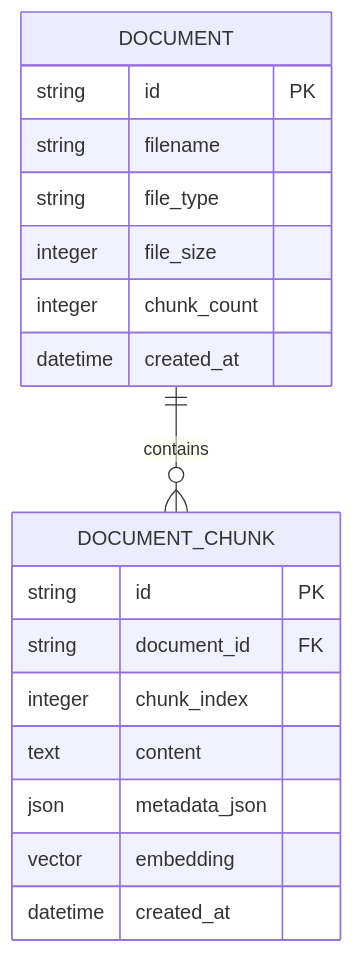
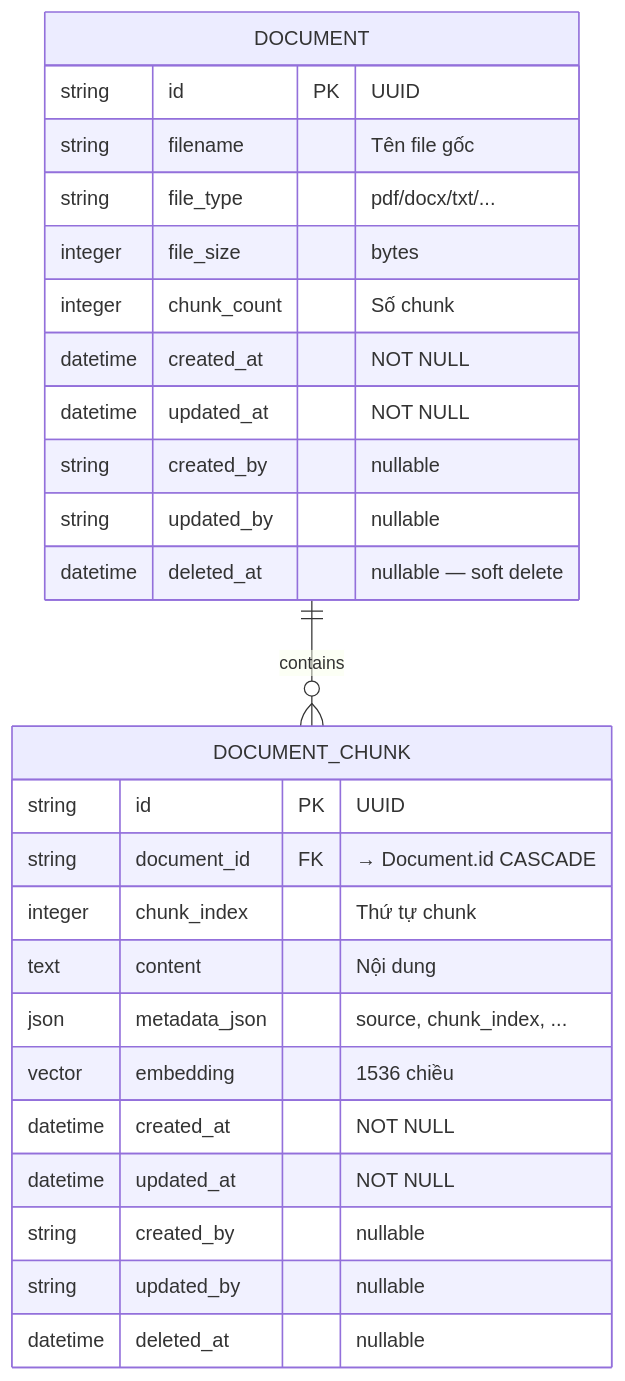
The ninth of 12 diagrams in docs/RAG_Architecture_Design.md (NDQuynh259/ragflow-api), drawn with Mermaid before and after one commit. The commit also changed other lines of this file and 2 other files, not shown here.

Commit message:
docs: add technical documentation for RAG architecture, requirements, and task breakdown

````diff
--- a/docs/RAG_Architecture_Design.md
+++ b/docs/RAG_Architecture_Design.md
@@ -273,23 +484,31 @@
 ```mermaid
 erDiagram
     DOCUMENT ||--o{ DOCUMENT_CHUNK : contains
 
     DOCUMENT {
-        string id PK
-        string filename
-        string file_type
-        integer file_size
-        integer chunk_count
-        datetime created_at
+        string id PK "UUID"
+        string filename "Tên file gốc"
+        string file_type "pdf/docx/txt/..."
+        integer file_size "bytes"
+        integer chunk_count "Số chunk"
+        datetime created_at "NOT NULL"
+        datetime updated_at "NOT NULL"
+        string created_by "nullable"
+        string updated_by "nullable"
+        datetime deleted_at "nullable — soft delete"
     }
 
     DOCUMENT_CHUNK {
-        string id PK
-        string document_id FK
-        integer chunk_index
-        text content
-        json metadata_json
-        vector embedding
-        datetime created_at
+        string id PK "UUID"
+        string document_id FK "→ Document.id CASCADE"
+        integer chunk_index "Thứ tự chunk"
+        text content "Nội dung"
+        json metadata_json "source, chunk_index, ..."
+        vector embedding "1536 chiều"
+        datetime created_at "NOT NULL"
+        datetime updated_at "NOT NULL"
+        string created_by "nullable"
+        string updated_by "nullable"
+        datetime deleted_at "nullable"
     }
 ```
````
